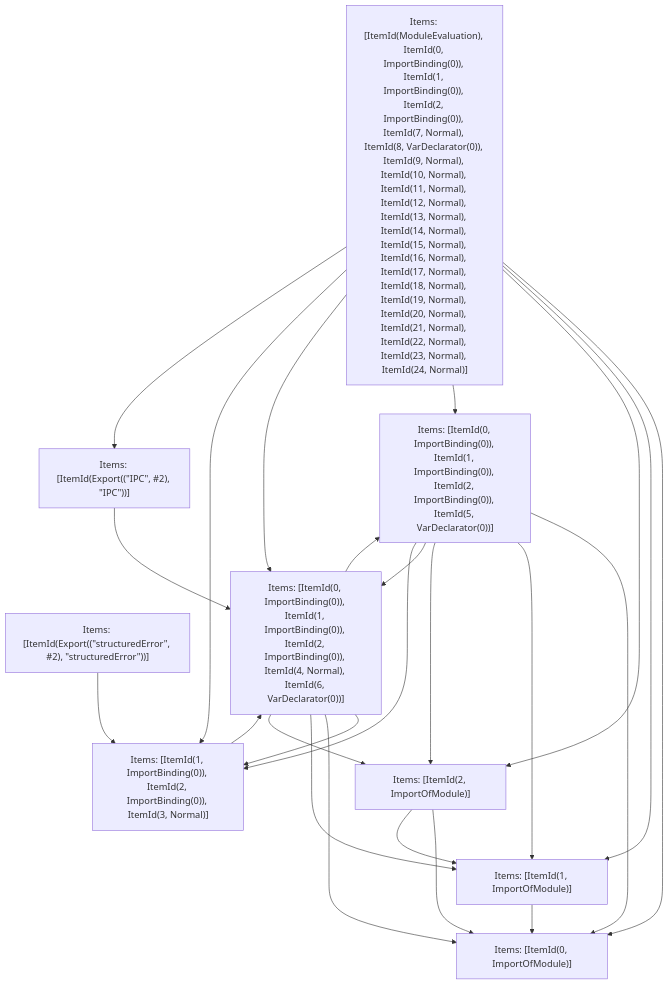
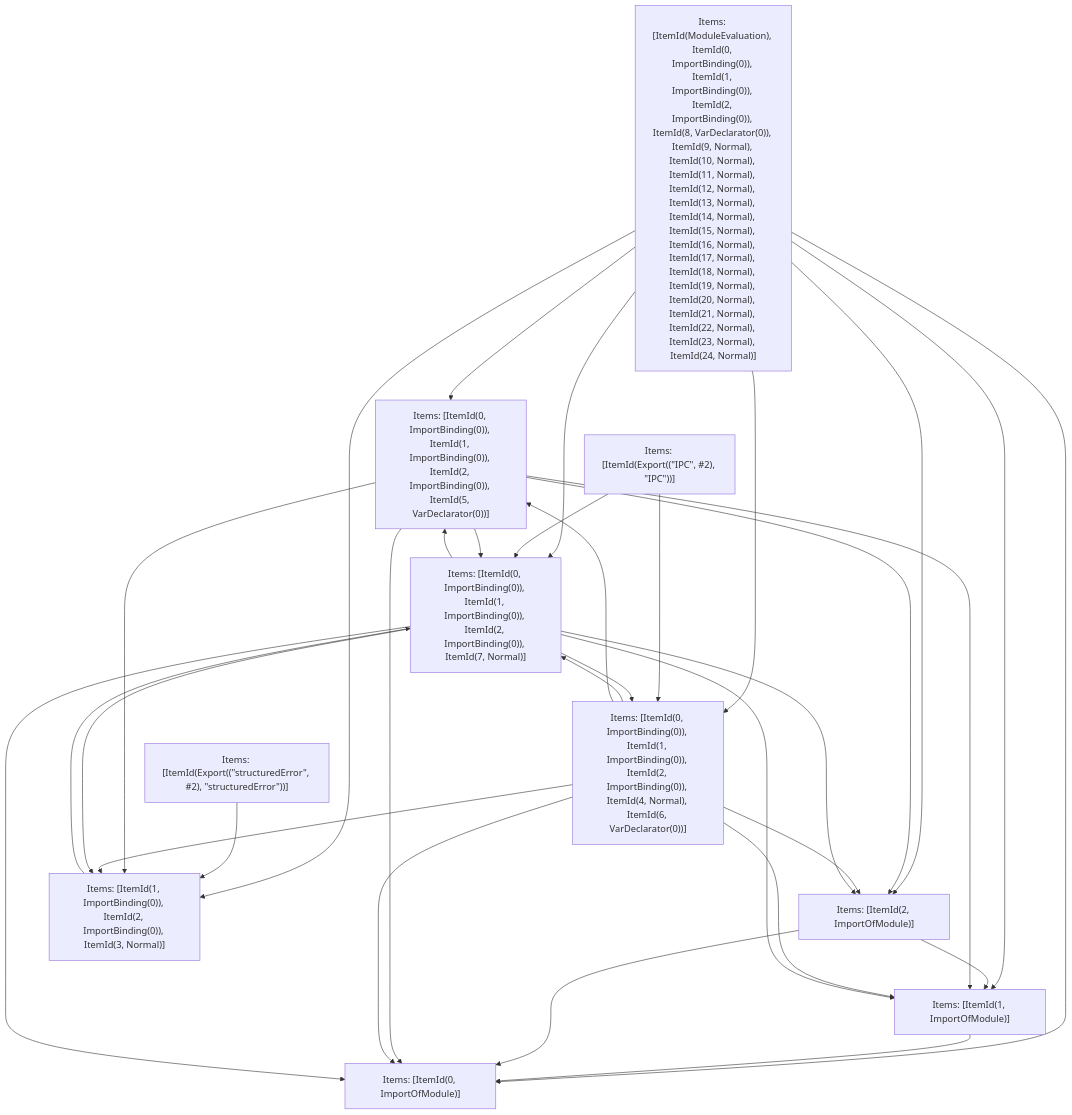
The fifth of 5 diagrams in crates/turbopack-ecmascript/tests/tree-shaker/analyzer/ipc-index/output.md (vercel/turborepo), drawn with Mermaid before and after one commit. The commit also changed other lines of this file and 3 other files, not shown here.

````diff
--- a/crates/turbopack-ecmascript/tests/tree-shaker/analyzer/ipc-index/output.md
+++ b/crates/turbopack-ecmascript/tests/tree-shaker/analyzer/ipc-index/output.md
@@ -1606,35 +1639,44 @@
 ```mermaid
 graph TD
-    N0["Items: [ItemId(ModuleEvaluation), ItemId(0, ImportBinding(0)), ItemId(1, ImportBinding(0)), ItemId(2, ImportBinding(0)), ItemId(7, Normal), ItemId(8, VarDeclarator(0)), ItemId(9, Normal), ItemId(10, Normal), ItemId(11, Normal), ItemId(12, Normal), ItemId(13, Normal), ItemId(14, Normal), ItemId(15, Normal), ItemId(16, Normal), ItemId(17, Normal), ItemId(18, Normal), ItemId(19, Normal), ItemId(20, Normal), ItemId(21, Normal), ItemId(22, Normal), ItemId(23, Normal), ItemId(24, Normal)]"];
+    N0["Items: [ItemId(ModuleEvaluation), ItemId(0, ImportBinding(0)), ItemId(1, ImportBinding(0)), ItemId(2, ImportBinding(0)), ItemId(8, VarDeclarator(0)), ItemId(9, Normal), ItemId(10, Normal), ItemId(11, Normal), ItemId(12, Normal), ItemId(13, Normal), ItemId(14, Normal), ItemId(15, Normal), ItemId(16, Normal), ItemId(17, Normal), ItemId(18, Normal), ItemId(19, Normal), ItemId(20, Normal), ItemId(21, Normal), ItemId(22, Normal), ItemId(23, Normal), ItemId(24, Normal)]"];
     N1["Items: [ItemId(Export((&quot;structuredError&quot;, #2), &quot;structuredError&quot;))]"];
     N2["Items: [ItemId(Export((&quot;IPC&quot;, #2), &quot;IPC&quot;))]"];
     N3["Items: [ItemId(0, ImportOfModule)]"];
     N4["Items: [ItemId(1, ImportOfModule)]"];
     N5["Items: [ItemId(2, ImportOfModule)]"];
     N6["Items: [ItemId(1, ImportBinding(0)), ItemId(2, ImportBinding(0)), ItemId(3, Normal)]"];
     N7["Items: [ItemId(0, ImportBinding(0)), ItemId(1, ImportBinding(0)), ItemId(2, ImportBinding(0)), ItemId(5, VarDeclarator(0))]"];
     N8["Items: [ItemId(0, ImportBinding(0)), ItemId(1, ImportBinding(0)), ItemId(2, ImportBinding(0)), ItemId(4, Normal), ItemId(6, VarDeclarator(0))]"];
+    N9["Items: [ItemId(0, ImportBinding(0)), ItemId(1, ImportBinding(0)), ItemId(2, ImportBinding(0)), ItemId(7, Normal)]"];
     N0 --> N3;
     N0 --> N4;
     N0 --> N5;
     N0 --> N7;
     N0 --> N8;
+    N0 --> N9;
     N0 --> N6;
-    N0 --> N2;
     N1 --> N6;
     N2 --> N8;
+    N2 --> N9;
     N4 --> N3;
     N5 --> N3;
     N5 --> N4;
-    N6 --> N8;
+    N6 --> N9;
     N7 --> N3;
     N7 --> N4;
     N7 --> N5;
-    N7 --> N8;
+    N7 --> N9;
     N7 --> N6;
+    N8 --> N9;
     N8 --> N6;
     N8 --> N7;
     N8 --> N3;
     N8 --> N4;
     N8 --> N5;
+    N9 --> N8;
+    N9 --> N3;
+    N9 --> N4;
+    N9 --> N5;
+    N9 --> N7;
+    N9 --> N6;
 ```
````
